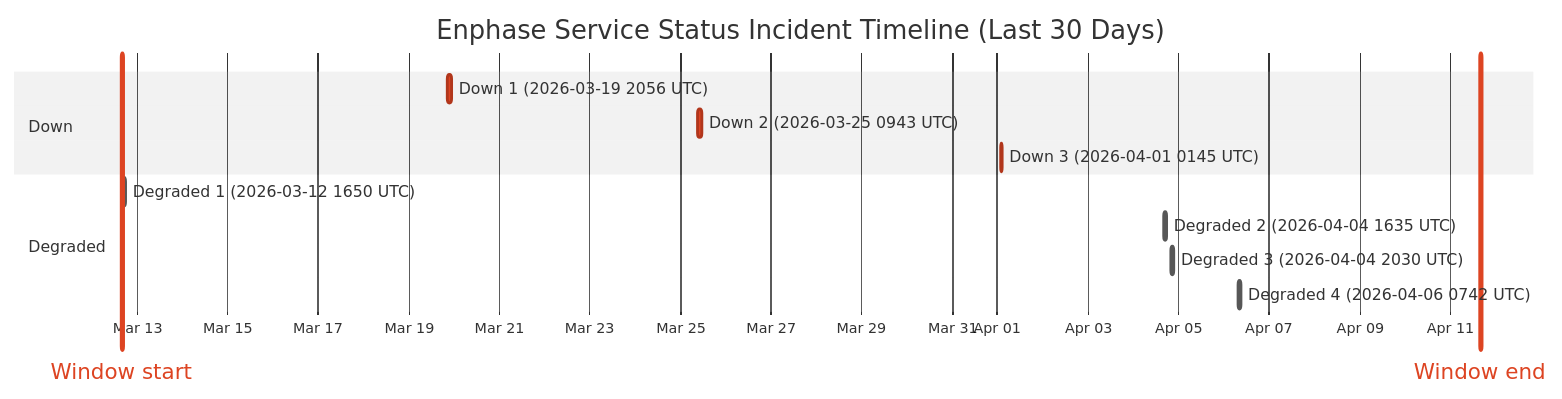
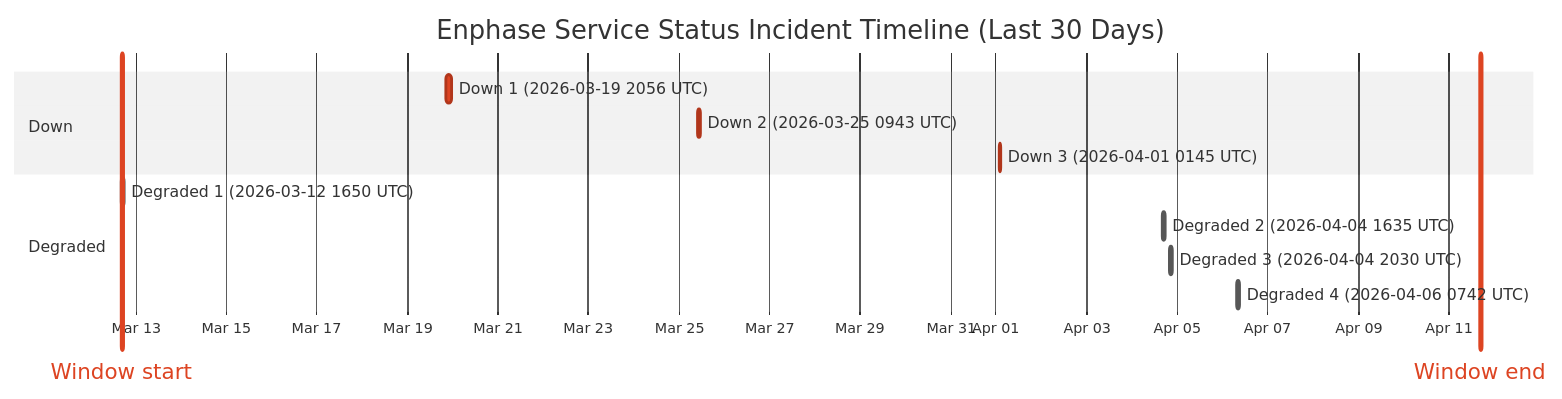
One commit to barneyonline/ha-enphase-ev-charger changed the diagram in wiki/Service-Status-History.md. Above: the diagram before and after it, drawn with Mermaid (neutral theme). The commit also changed other lines of this file and 3 other files, not shown here.

````diff
--- a/wiki/Service-Status-History.md
+++ b/wiki/Service-Status-History.md
@@ -14,17 +14,17 @@
 ```mermaid
 gantt
     title Enphase Service Status Incident Timeline (Last 30 Days)
     dateFormat  YYYY-MM-DDTHH:mm:ss
     axisFormat  %b %d
-    Window start :vert, window-start, 2026-03-12T15:55:19, 0ms
-    Window end :vert, window-end, 2026-04-11T15:55:19, 0ms
+    Window start :vert, window-start, 2026-03-12T16:36:54, 0ms
+    Window end :vert, window-end, 2026-04-11T16:36:54, 0ms
     section Down
     Down 1 (2026-03-19 2056 UTC) :crit, down-1, 2026-03-19T20:56:20, 145m
     Down 2 (2026-03-25 0943 UTC) :crit, down-2, 2026-03-25T09:43:28, 111m
     Down 3 (2026-04-01 0145 UTC) :crit, down-3, 2026-04-01T01:45:09, 60m
     section Degraded
     Degraded 1 (2026-03-12 1650 UTC) :active, degraded-1, 2026-03-12T16:50:43, 60m
     Degraded 2 (2026-04-04 1635 UTC) :active, degraded-2, 2026-04-04T16:35:17, 60m
     Degraded 3 (2026-04-04 2030 UTC) :active, degraded-3, 2026-04-04T20:30:40, 60m
     Degraded 4 (2026-04-06 0742 UTC) :active, degraded-4, 2026-04-06T07:42:09, 85m
 ```
````
